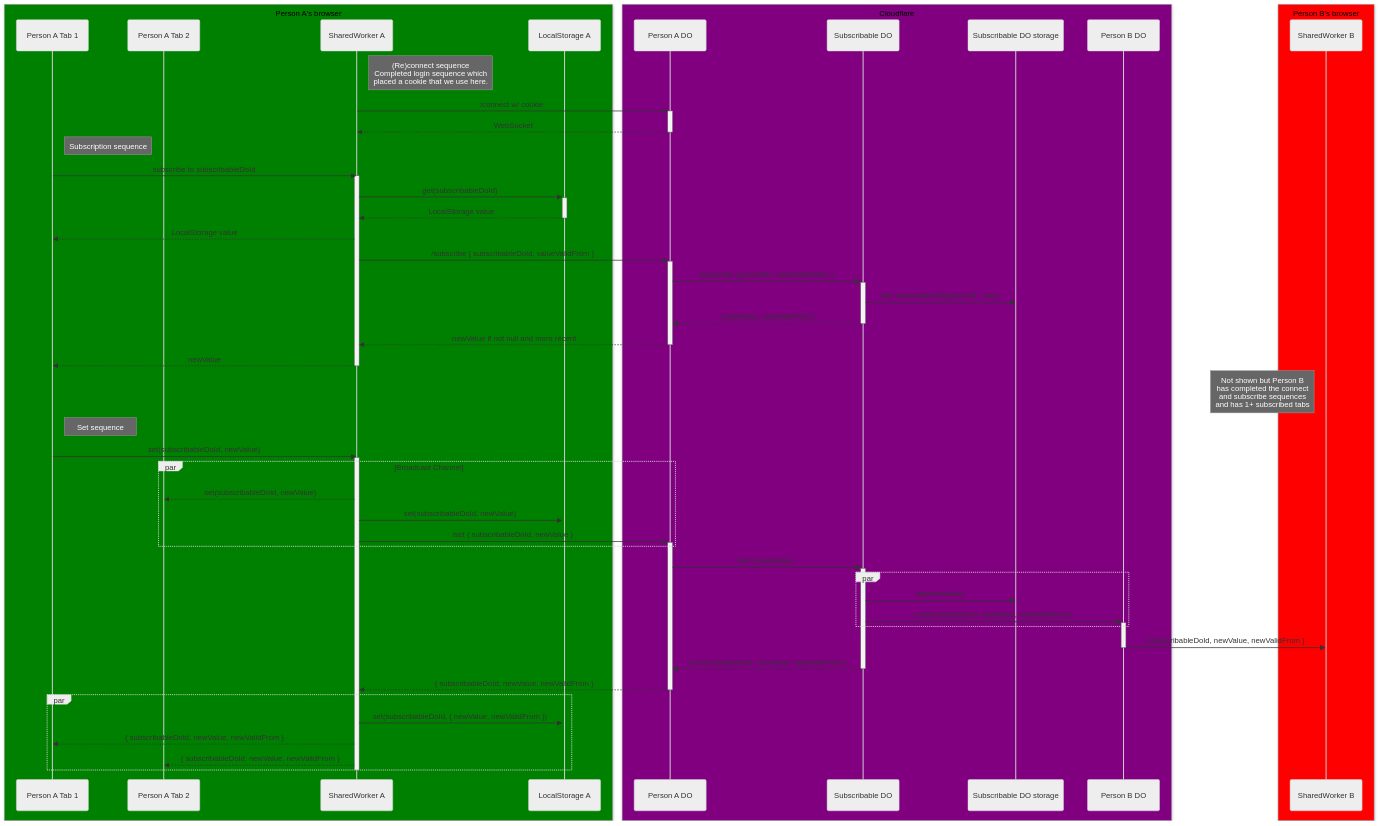
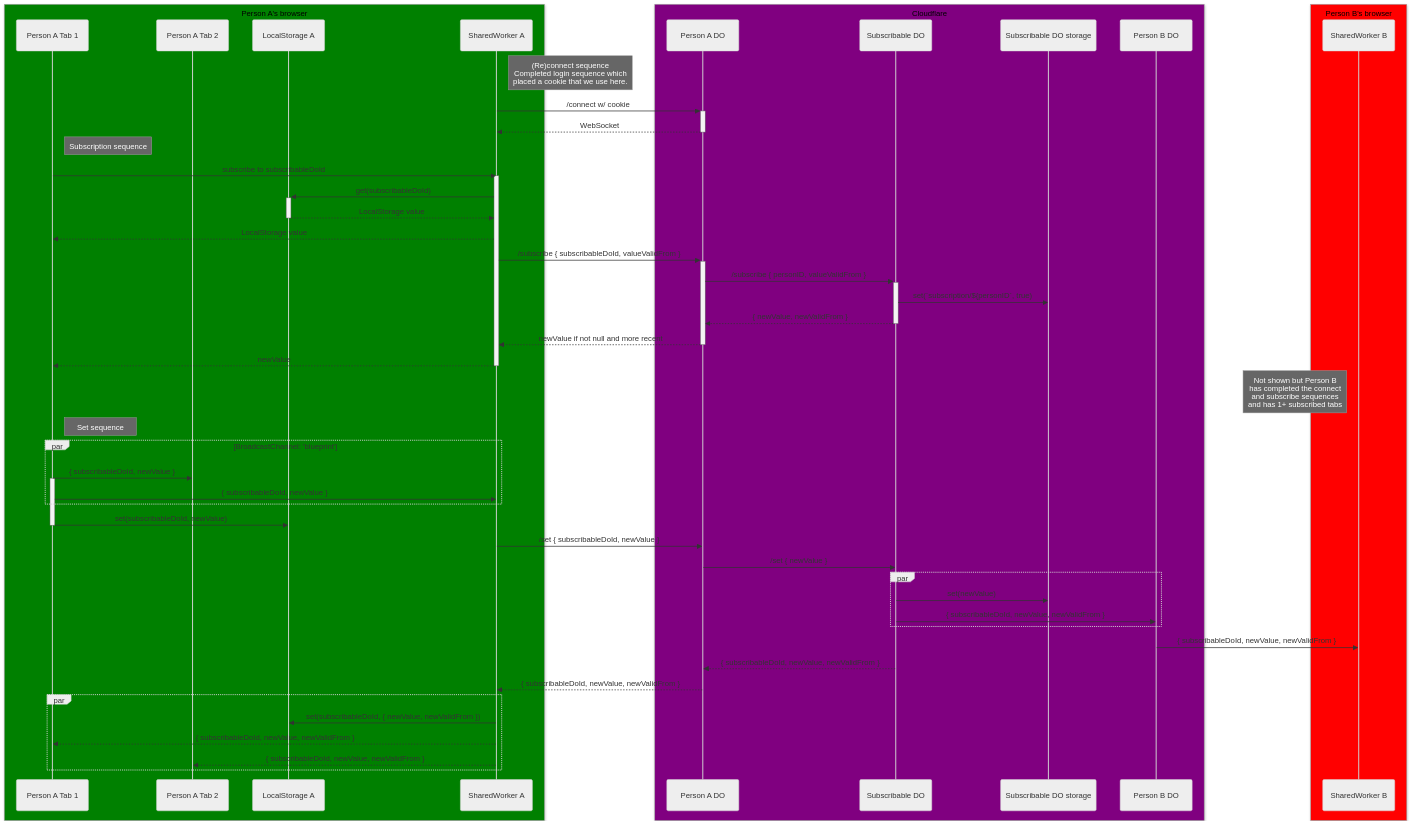
Before and after one commit to transformation-dev/blueprint: the diagram in mockups-notes-and-other/websocket-diagram.md, drawn with Mermaid (neutral theme). The commit also changed 4 other files, not shown here.

````diff
--- a/mockups-notes-and-other/websocket-diagram.md
+++ b/mockups-notes-and-other/websocket-diagram.md
@@ -2,70 +2,70 @@
 ```mermaid
 sequenceDiagram
 
   box green Person A's browser
     participant Person A Tab 1
     participant Person A Tab 2
+    participant LocalStorage A
     participant SharedWorker A
-    participant LocalStorage A
   end
 
   box purple Cloudflare
     participant Person A DO
     participant Subscribable DO
     participant Subscribable DO storage
     participant Person B DO
   end
 
   box red Person B's browser
     participant SharedWorker B
   end
 
   Note right of SharedWorker A: (Re)connect sequence <br> Completed login sequence which <br> placed a cookie that we use here.
 
     SharedWorker A ->> + Person A DO: /connect w/ cookie
     Person A DO -->> - SharedWorker A: WebSocket
 
   Note right of Person A Tab 1: Subscription sequence
 
     Person A Tab 1 ->> SharedWorker A: subscribe to subscribableDoId
     activate SharedWorker A
       SharedWorker A ->> + LocalStorage A: get(subscribableDoId)
         LocalStorage A -->> - SharedWorker A: LocalStorage value
       SharedWorker A -->> Person A Tab 1: LocalStorage value
       SharedWorker A ->> + Person A DO: /subscribe { subscribableDoId, valueValidFrom }
 
         Person A DO ->> + Subscribable DO: /subscribe { personID, valueValidFrom }
           Subscribable DO ->> Subscribable DO storage: set(`subscription/${personID`, true)
           Subscribable DO -->> - Person A DO: { newValue, newValidFrom }
         Person A DO -->> - SharedWorker A: newValue if not null and more recent
       SharedWorker A -->> Person A Tab 1: newValue
     deactivate SharedWorker A
 
   Note left of SharedWorker B: Not shown but Person B <br> has completed the connect <br> and subscribe sequences <br> and has 1+ subscribed tabs
 
   Note right of Person A Tab 1: Set sequence
 
-    Person A Tab 1 ->> SharedWorker A: set(subscribableDoId, newValue)
-    activate SharedWorker A
-      par Broadcast Channel
-      SharedWorker A -->>  Person A Tab 2: set(subscribableDoId, newValue)
-      SharedWorker A ->> + LocalStorage A: set(subscribableDoId, newValue)
-        SharedWorker A ->> + Person A DO: /set { subscribableDoId, newValue }
+    par BroadcastChannel: 'blueprint'
+      Person A Tab 1 ->> Person A Tab 2: { subscribableDoId, newValue }
+      activate Person A Tab 1
+      Person A Tab 1 ->> SharedWorker A: { subscribableDoId, newValue }
+    end
+    Person A Tab 1 ->> LocalStorage A: set(subscribableDoId, newValue)
+    deactivate Person A Tab 1
+    SharedWorker A ->> Person A DO: /set { subscribableDoId, newValue }
+    Person A DO ->> Subscribable DO: /set { newValue }
+          par
+          Subscribable DO ->> Subscribable DO storage: set(newValue)
+          Subscribable DO ->> Person B DO: { subscribableDoId, newValue, newValidFrom }
           end
-          Person A DO ->>      + Subscribable DO: /set { newValue }
-          par
-          Subscribable DO ->>  Subscribable DO storage: set(newValue)
-          Subscribable DO ->>  + Person B DO: { subscribableDoId, newValue, newValidFrom }
-          end
-            Person B DO ->>      - SharedWorker B: { subscribableDoId, newValue, newValidFrom }
-          Subscribable DO -->> - Person A DO: { subscribableDoId, newValue, newValidFrom }
-        Person A DO -->>     - SharedWorker A: { subscribableDoId, newValue, newValidFrom }
+            Person B DO ->> SharedWorker B: { subscribableDoId, newValue, newValidFrom }
+          Subscribable DO -->> Person A DO: { subscribableDoId, newValue, newValidFrom }
+        Person A DO -->> SharedWorker A: { subscribableDoId, newValue, newValidFrom }
         par
         SharedWorker A ->> LocalStorage A: set(subscribableDoId, { newValue, newValidFrom })
       SharedWorker A -->> Person A Tab 1: { subscribableDoId, newValue, newValidFrom }
       SharedWorker A -->> Person A Tab 2: { subscribableDoId, newValue, newValidFrom }
       end
-    deactivate SharedWorker A
 
 
 ```
````
